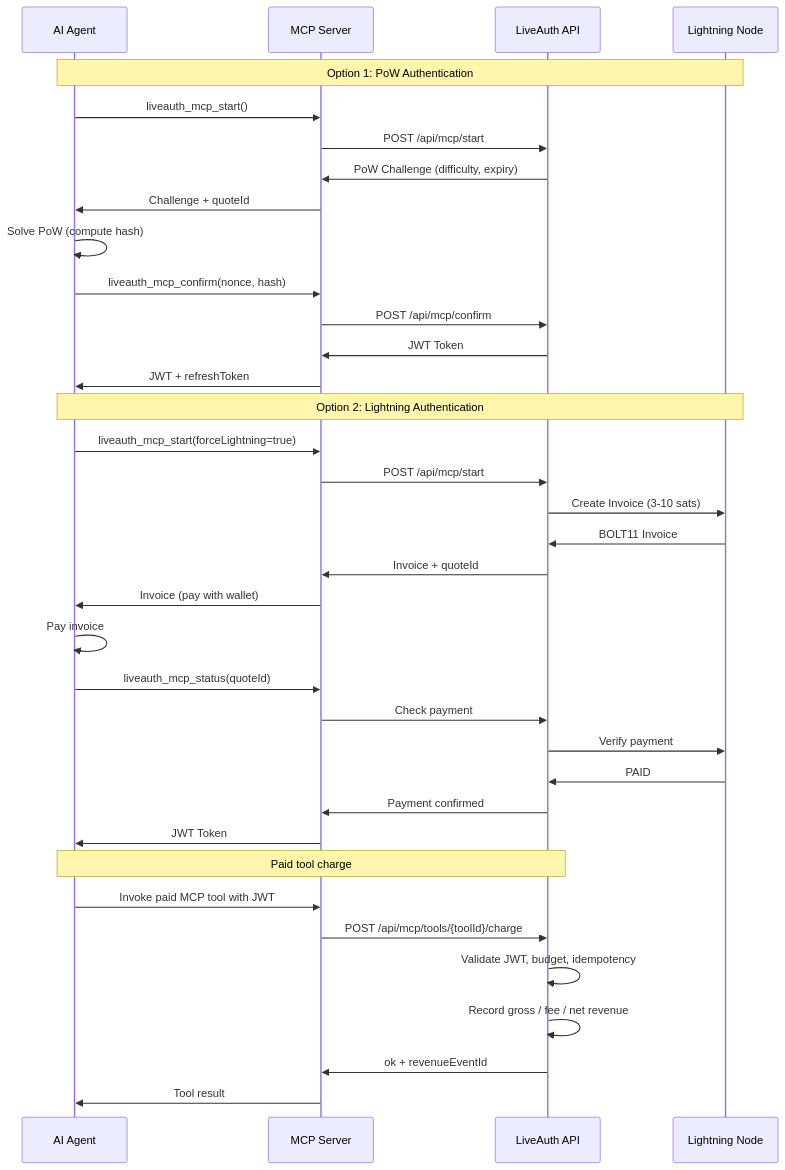
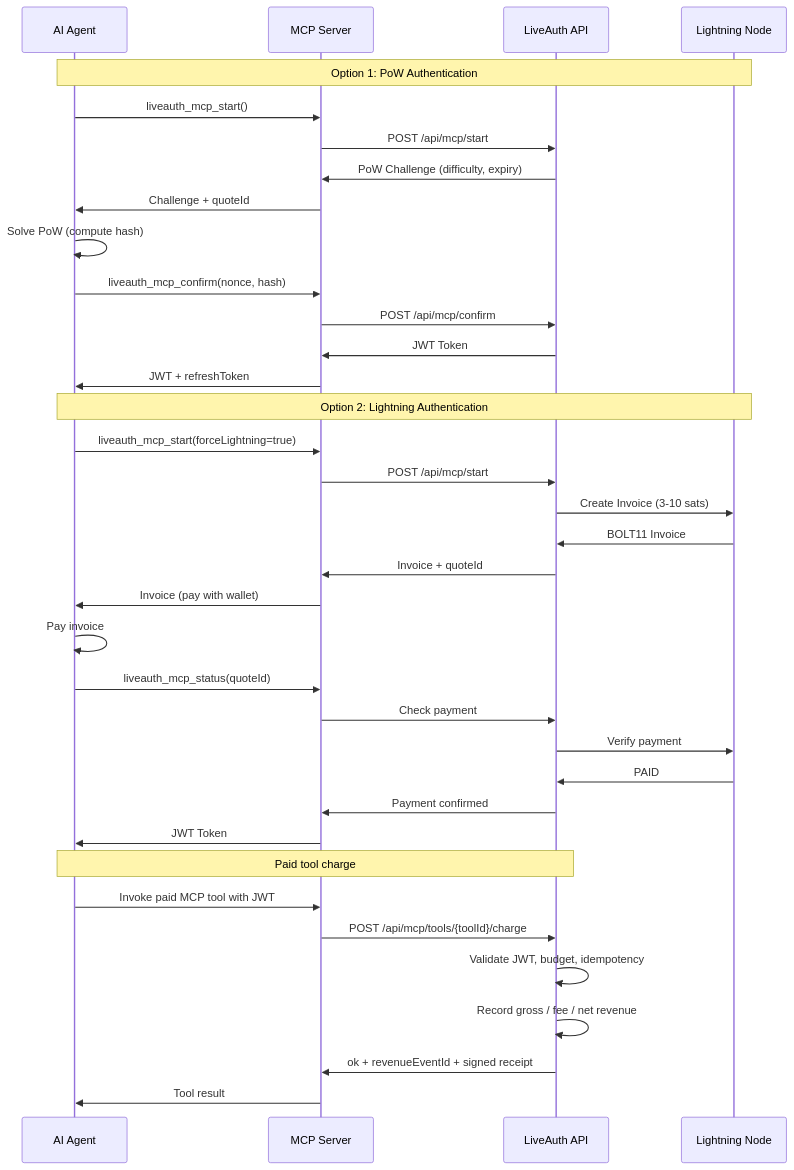
The diagram in docs/diagrams/mcp-flow.mmd (dulzuradev/liveauth-mcp), drawn with Mermaid before and after one commit. The commit also changed 11 other files, not shown here.

Commit message:
Add signed MCP tool charge receipts

```diff
--- a/docs/diagrams/mcp-flow.mmd
+++ b/docs/diagrams/mcp-flow.mmd
@@ -1,39 +1,39 @@
 sequenceDiagram
     participant Agent as AI Agent
     participant MCP as MCP Server
     participant API as LiveAuth API
     participant LND as Lightning Node
 
     Note over Agent,LND: Option 1: PoW Authentication
     Agent->>MCP: liveauth_mcp_start()
     MCP->>API: POST /api/mcp/start
     API->>MCP: PoW Challenge (difficulty, expiry)
     MCP->>Agent: Challenge + quoteId
     Agent->>Agent: Solve PoW (compute hash)
     Agent->>MCP: liveauth_mcp_confirm(nonce, hash)
     MCP->>API: POST /api/mcp/confirm
     API->>MCP: JWT Token
     MCP->>Agent: JWT + refreshToken
 
     Note over Agent,LND: Option 2: Lightning Authentication
     Agent->>MCP: liveauth_mcp_start(forceLightning=true)
     MCP->>API: POST /api/mcp/start
     API->>LND: Create Invoice (3-10 sats)
     LND->>API: BOLT11 Invoice
     API->>MCP: Invoice + quoteId
     MCP->>Agent: Invoice (pay with wallet)
     Agent->>Agent: Pay invoice
     Agent->>MCP: liveauth_mcp_status(quoteId)
     MCP->>API: Check payment
     API->>LND: Verify payment
     LND->>API: PAID
     API->>MCP: Payment confirmed
     MCP->>Agent: JWT Token
 
     Note over Agent,API: Paid tool charge
     Agent->>MCP: Invoke paid MCP tool with JWT
     MCP->>API: POST /api/mcp/tools/{toolId}/charge
     API->>API: Validate JWT, budget, idempotency
     API->>API: Record gross / fee / net revenue
-    API->>MCP: ok + revenueEventId
+    API->>MCP: ok + revenueEventId + signed receipt
     MCP->>Agent: Tool result
```
